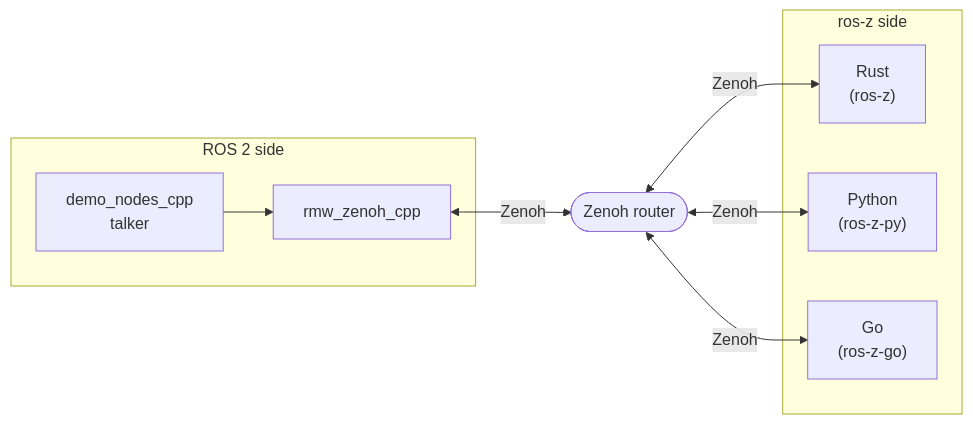
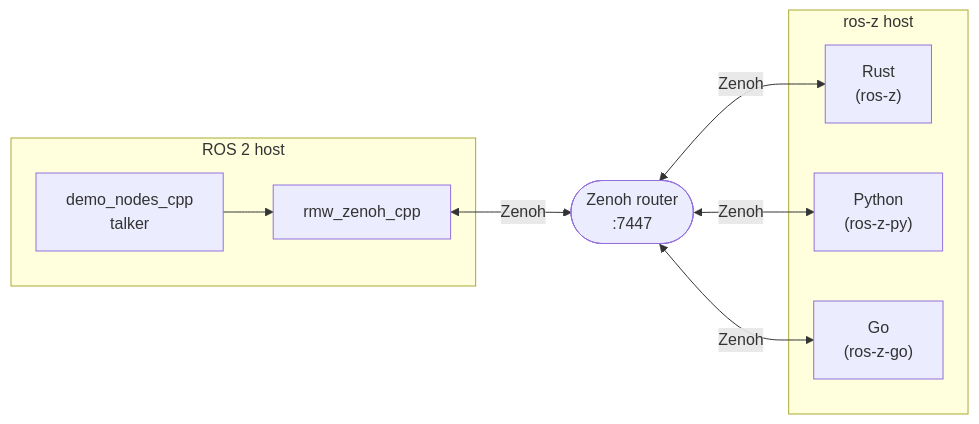
Before and after one commit to ZettaScaleLabs/ros-z: the second of 4 diagrams in book/src/chapters/interop.md, drawn with Mermaid. The commit also changed other lines of this file, not shown here.

Commit message:
docs(interop): update overview diagram to show both single-host and two-host topologies

````diff
--- a/book/src/chapters/interop.md
+++ b/book/src/chapters/interop.md
@@ -12,21 +28,16 @@
 ```mermaid
 graph LR
-    subgraph ros2 ["ROS 2 side"]
-        talker["demo_nodes_cpp<br>talker"]
-        rmw["rmw_zenoh_cpp"]
-        talker --> rmw
+    subgraph ros2 ["ROS 2 host"]
+        talker["demo_nodes_cpp<br>talker"] --> rmw["rmw_zenoh_cpp"]
     end
-
-    router(["Zenoh router"])
-
-    subgraph rosz ["ros-z side"]
+    router(["Zenoh router<br>:7447"])
+    subgraph rosz ["ros-z host"]
         rust["Rust<br>(ros-z)"]
         python["Python<br>(ros-z-py)"]
         go["Go<br>(ros-z-go)"]
     end
-
     rmw <-->|Zenoh| router
     router <-->|Zenoh| rust
     router <-->|Zenoh| python
     router <-->|Zenoh| go
 ```
````
